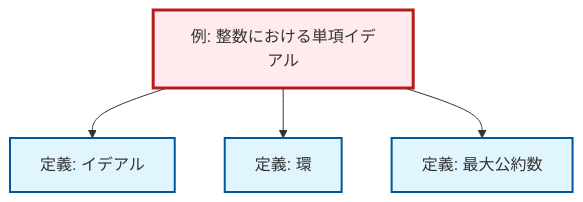
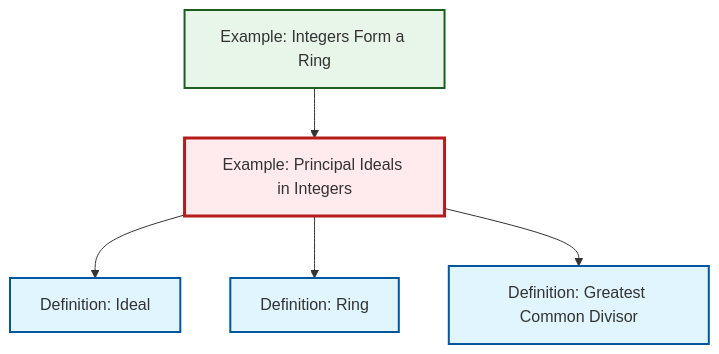
The diagram in content/ja/algebra/ex-principal-ideal.qmd (RK0429/ModernMath), drawn with Mermaid before and after one commit. The commit also changed other lines of this file and 530 other files, not shown here.

````diff
--- a/content/ja/algebra/ex-principal-ideal.qmd
+++ b/content/ja/algebra/ex-principal-ideal.qmd
@@ -64,20 +64,23 @@
 ```{mermaid}
-%%| fig-cap: "局所依存関係グラフ"
+%%| fig-cap: "Local dependency graph"
 graph TD
     classDef definition fill:#e1f5fe,stroke:#01579b,stroke-width:2px
     classDef theorem fill:#f3e5f5,stroke:#4a148c,stroke-width:2px
     classDef axiom fill:#fff3e0,stroke:#e65100,stroke-width:2px
     classDef example fill:#e8f5e9,stroke:#1b5e20,stroke-width:2px
     classDef current fill:#ffebee,stroke:#b71c1c,stroke-width:3px
-    ex-principal-ideal["例: 整数における単項イデアル"]:::example
-    def-ideal["定義: イデアル"]:::definition
-    def-ring["定義: 環"]:::definition
-    def-gcd["定義: 最大公約数"]:::definition
+    def-ideal["Definition: Ideal"]:::definition
+    def-gcd["Definition: Greatest Common Divisor"]:::definition
+    def-ring["Definition: Ring"]:::definition
+    ex-principal-ideal["Example: Principal Ideals in Integers"]:::example
+    ex-integers-ring["Example: Integers Form a Ring"]:::example
     ex-principal-ideal --> def-ideal
+    ex-integers-ring --> ex-principal-ideal
     ex-principal-ideal --> def-ring
     ex-principal-ideal --> def-gcd
     class ex-principal-ideal current
-    click def-ideal "def-ideal.html" "イデアルの定義へ"
-    click def-ring "def-ring.html" "環の定義へ"
-    click def-gcd "../number-theory/def-gcd.html" "最大公約数の定義へ"
+    click def-ideal "def-ideal.html" "Definition: Idealへ"
+    click def-gcd "def-gcd.html" "Definition: Greatest Common Divisorへ"
+    click def-ring "def-ring.html" "Definition: Ringへ"
+    click ex-integers-ring "ex-integers-ring.html" "Example: Integers Form a Ringへ"
 ```
````
